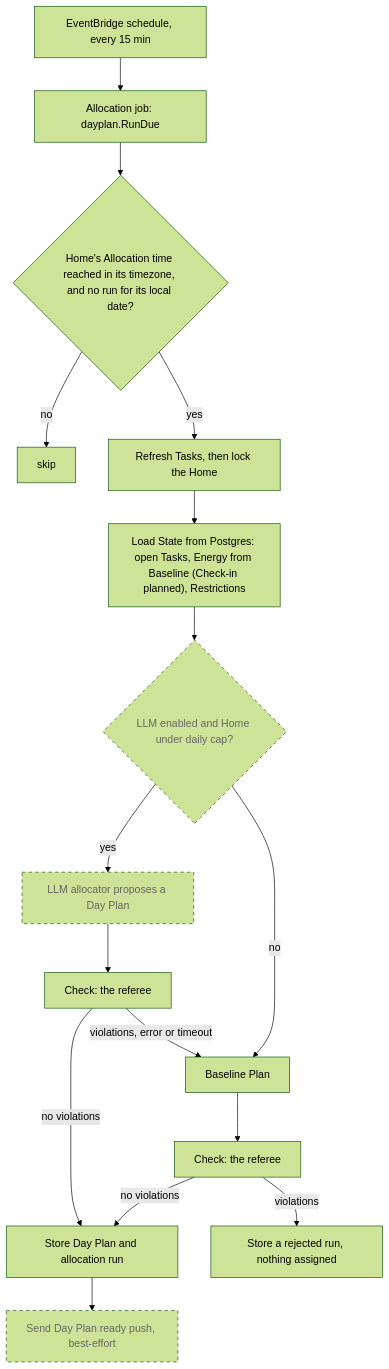
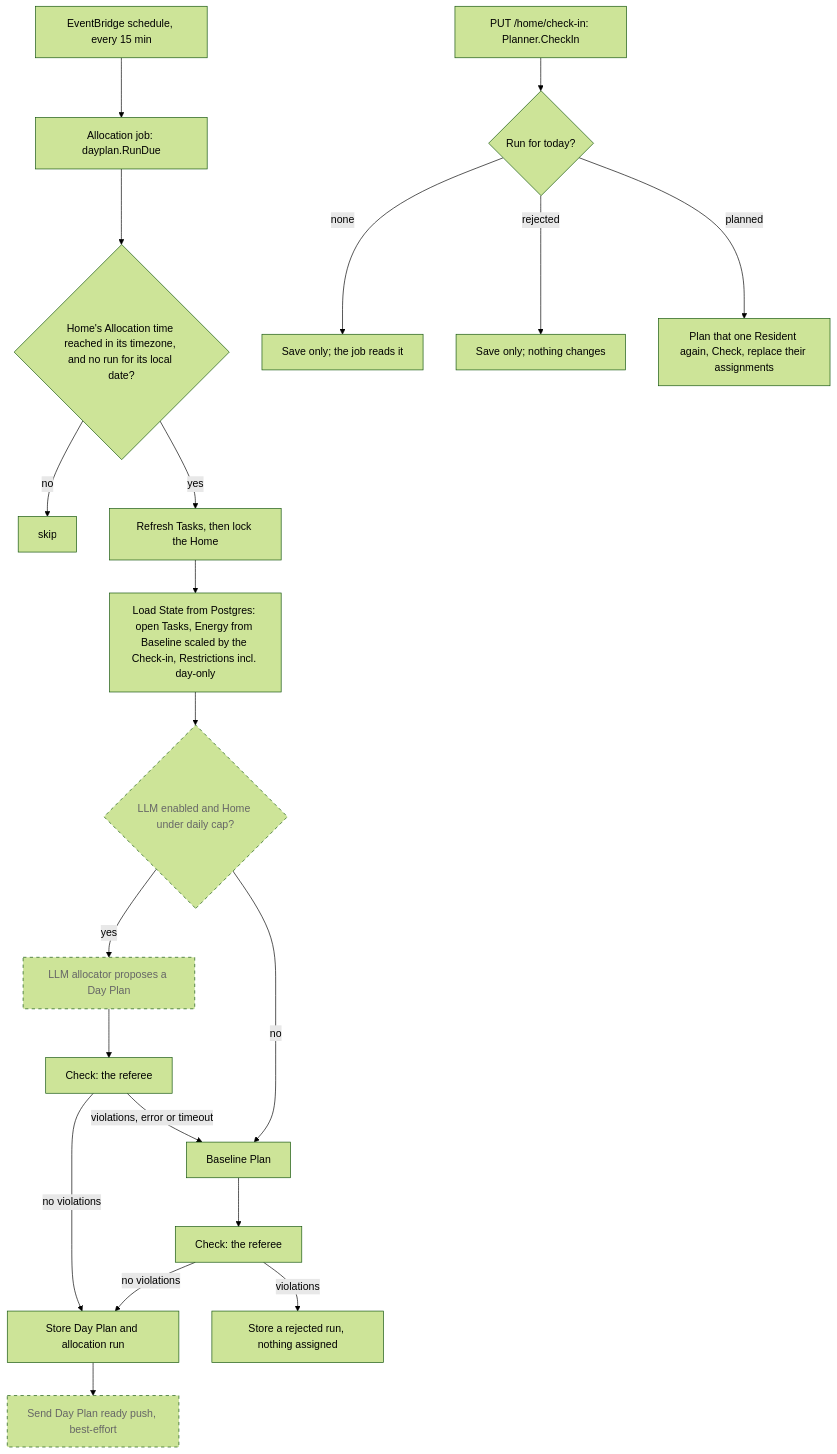
One commit to AbnerWillclefy/Homeowner changed the diagram in docs/architecture/allocation.md. Above: the diagram before and after it, drawn with Mermaid (forest theme). The commit also changed other lines of this file and 2 other files, not shown here.

Commit message:
docs(architecture): describe the check-in, its tables and the one-resident replan

````diff
--- a/docs/architecture/allocation.md
+++ b/docs/architecture/allocation.md
@@ -39,20 +40,24 @@
 ```mermaid
 flowchart TD
     EB["EventBridge schedule, every 15 min"] --> J["Allocation job: dayplan.RunDue"]
     J --> H{"Home's Allocation time reached in its timezone, and no run for its local date?"}
     H -->|no| X["skip"]
     H -->|yes| R["Refresh Tasks, then lock the Home"]
-    R --> L["Load State from Postgres: open Tasks, Energy from Baseline (Check-in planned), Restrictions"]
+    R --> L["Load State from Postgres: open Tasks, Energy from Baseline scaled by the Check-in, Restrictions incl. day-only"]
     L --> Q{"LLM enabled and Home under daily cap?"}:::planned
     Q -->|yes| LLM["LLM allocator proposes a Day Plan"]:::planned
     LLM --> CK["Check: the referee"]
     CK -->|no violations| S
     CK -->|violations, error or timeout| B
     Q -->|no| B["Baseline Plan"]
     B --> CK2["Check: the referee"]
     CK2 -->|no violations| S["Store Day Plan and allocation run"]
     CK2 -->|violations| RJ["Store a rejected run, nothing assigned"]
     S --> N["Send Day Plan ready push, best-effort"]:::planned
+    CI["PUT /home/check-in: Planner.CheckIn"] --> CR{"Run for today?"}
+    CR -->|none| CS["Save only; the job reads it"]
+    CR -->|rejected| CS2["Save only; nothing changes"]
+    CR -->|planned| RP["Plan that one Resident again, Check, replace their assignments"]
 
     classDef planned stroke-dasharray: 5 5,color:#666
 ```
````
